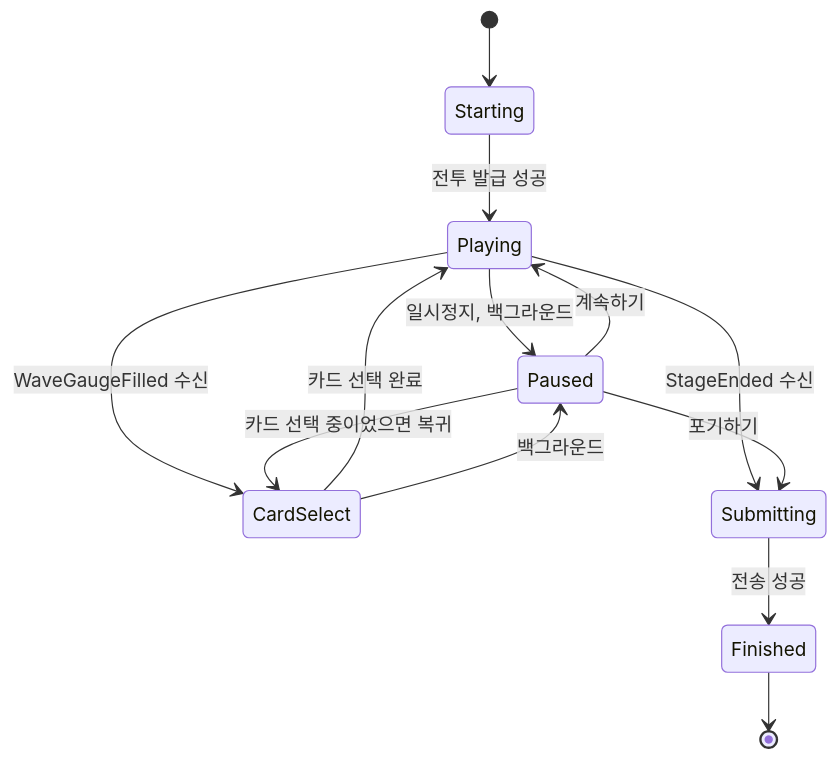
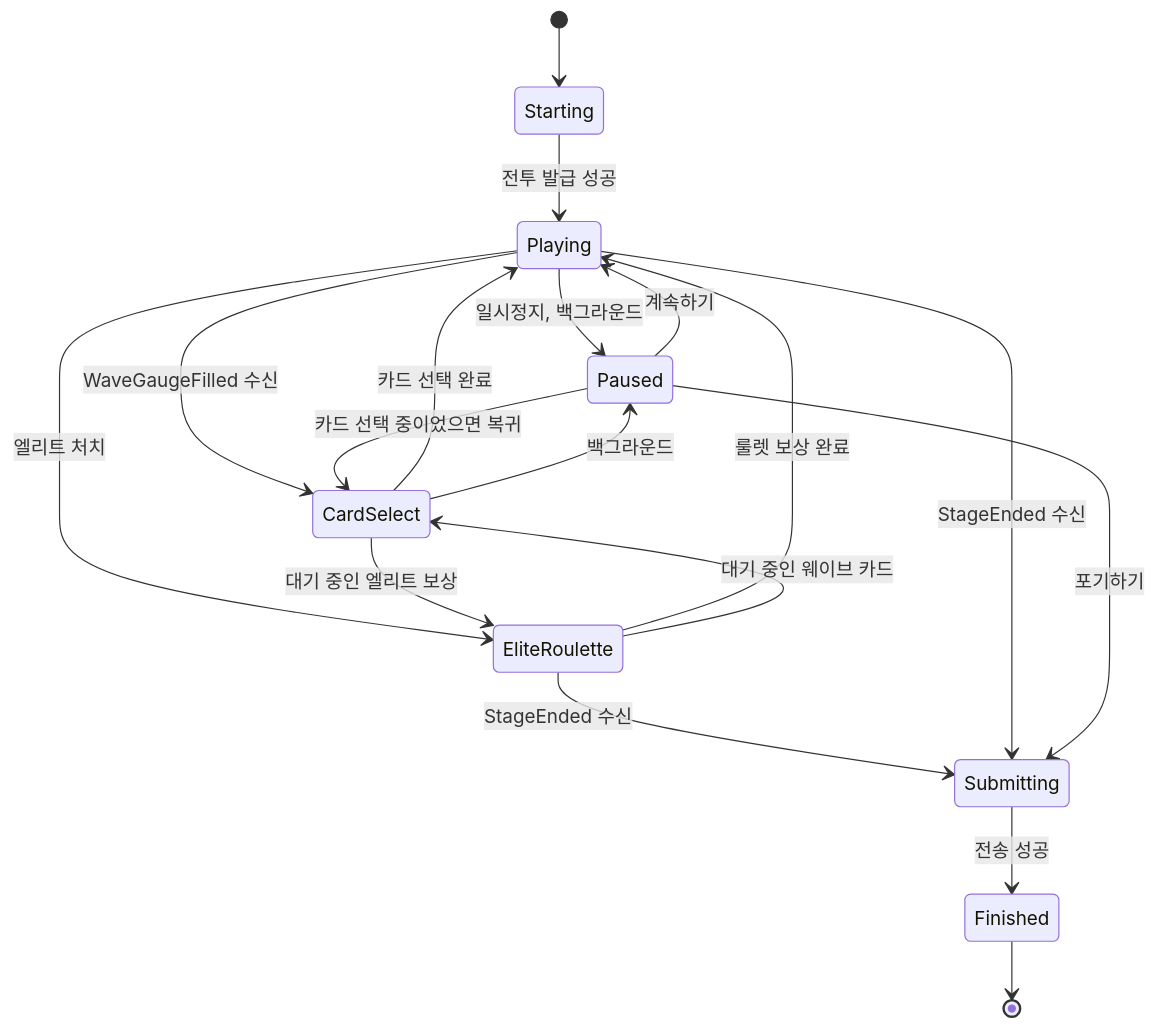
One commit to Sparta-fourTeam/client changed the fourth of 4 diagrams in docs/flows.md. Above: the diagram before and after it, drawn with Mermaid. The commit also changed other lines of this file and 28 other files, not shown here.

Commit message:
feat(stage): 엘리트 처치 룰렛 강화 보상 구현 (#317)

````diff
--- a/docs/flows.md
+++ b/docs/flows.md
@@ -89,15 +97,20 @@
 ```mermaid
 stateDiagram-v2
     [*] --> Starting
     Starting --> Playing: 전투 발급 성공
     Playing --> Paused: 일시정지, 백그라운드
     Playing --> CardSelect: WaveGaugeFilled 수신
+    Playing --> EliteRoulette: 엘리트 처치
+    EliteRoulette --> Playing: 룰렛 보상 완료
+    EliteRoulette --> CardSelect: 대기 중인 웨이브 카드
+    CardSelect --> EliteRoulette: 대기 중인 엘리트 보상
+    EliteRoulette --> Submitting: StageEnded 수신
     Playing --> Submitting: StageEnded 수신
     Paused --> Playing: 계속하기
     Paused --> CardSelect: 카드 선택 중이었으면 복귀
     Paused --> Submitting: 포기하기
     CardSelect --> Playing: 카드 선택 완료
     CardSelect --> Paused: 백그라운드
     Submitting --> Finished: 전송 성공
     Finished --> [*]
 ```
````
